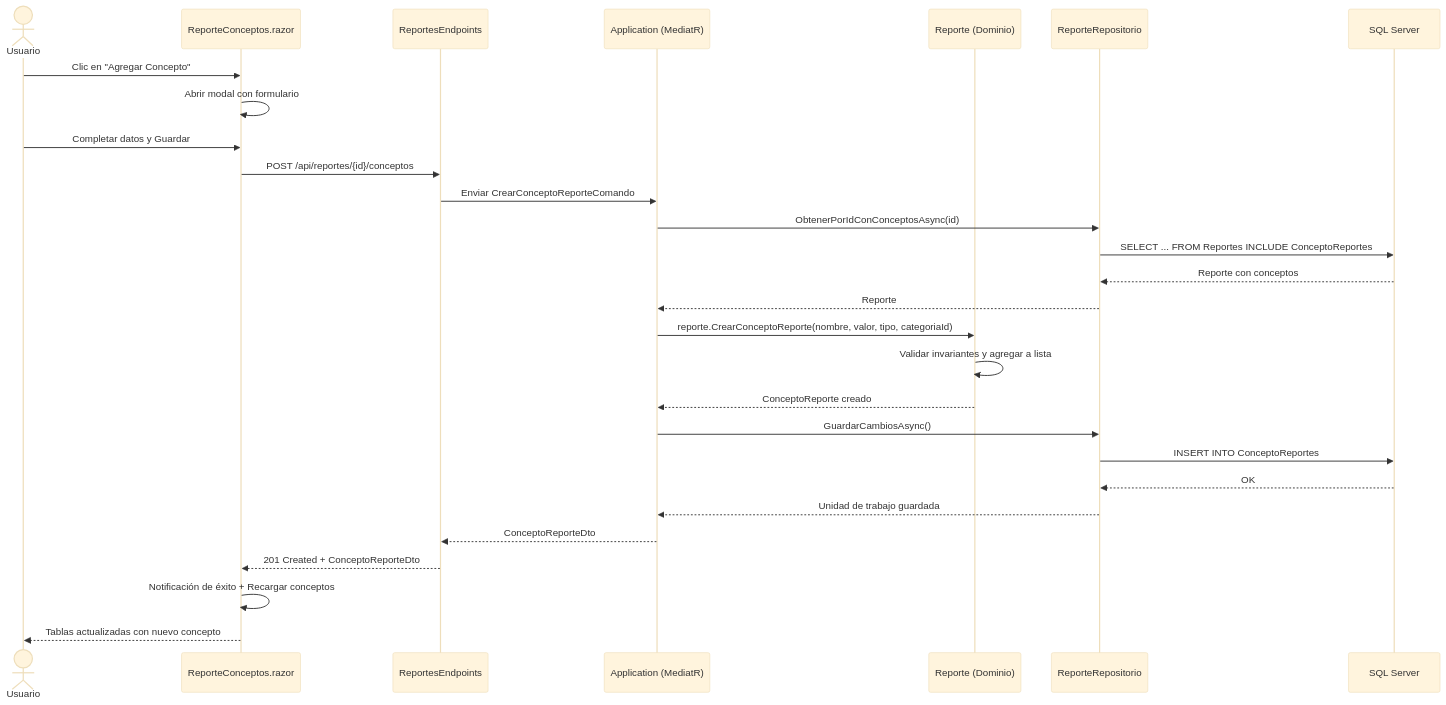
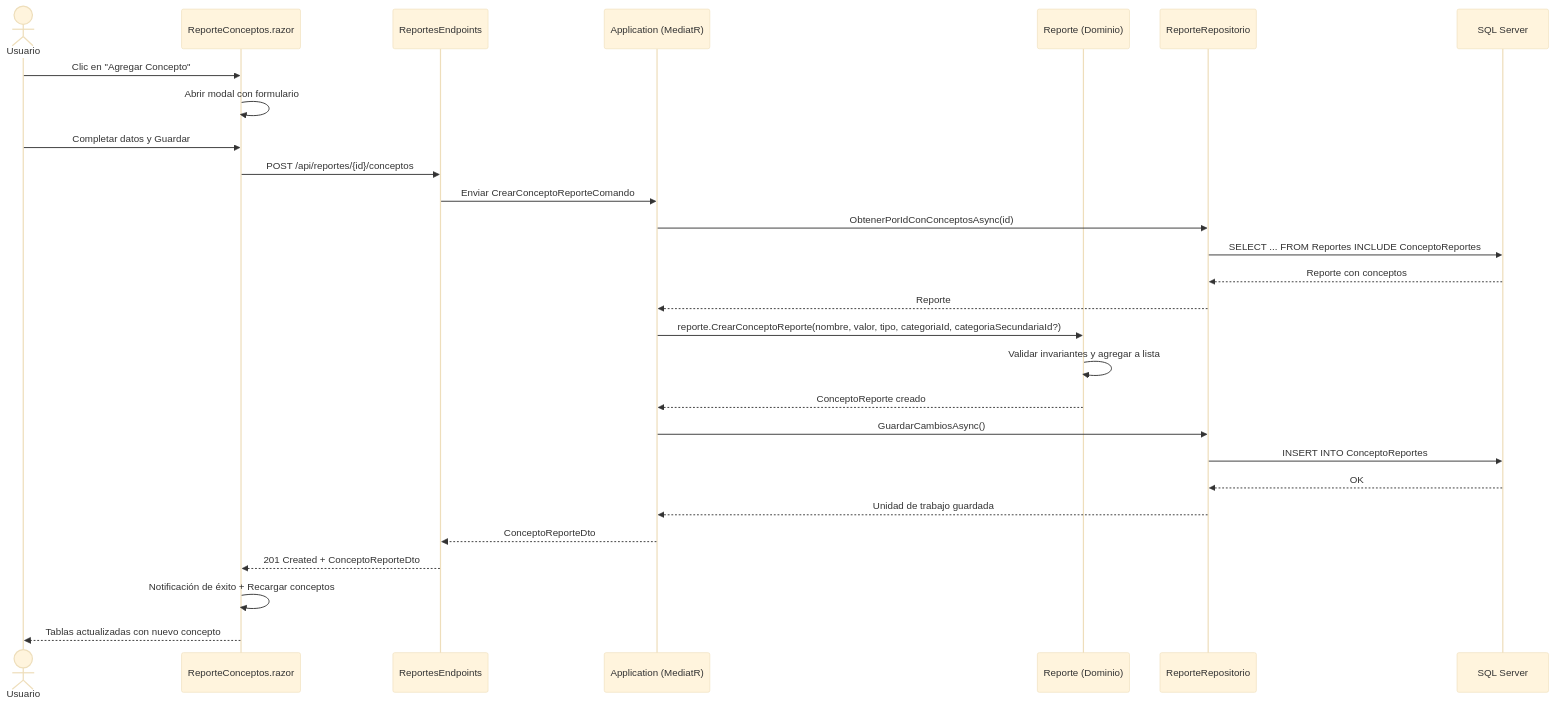
One commit to kenchic/FinanKore changed the second of 2 diagrams in docs/use-cases/crear_concepto_reporte.md. Above: the diagram before and after it, drawn with Mermaid (base theme). The commit also changed other lines of this file and 55 other files, not shown here.

````diff
--- a/docs/use-cases/crear_concepto_reporte.md
+++ b/docs/use-cases/crear_concepto_reporte.md
@@ -116,31 +122,31 @@
 ```mermaid
 sequenceDiagram
     actor Usuario
     participant Web as ReporteConceptos.razor
     participant API as ReportesEndpoints
     participant App as Application (MediatR)
     participant Dom as Reporte (Dominio)
     participant Inf as ReporteRepositorio
     participant DB as SQL Server
 
     Usuario->>Web: Clic en "Agregar Concepto"
     Web->>Web: Abrir modal con formulario
     Usuario->>Web: Completar datos y Guardar
     Web->>API: POST /api/reportes/{id}/conceptos
     API->>App: Enviar CrearConceptoReporteComando
     App->>Inf: ObtenerPorIdConConceptosAsync(id)
     Inf->>DB: SELECT ... FROM Reportes INCLUDE ConceptoReportes
     DB-->>Inf: Reporte con conceptos
     Inf-->>App: Reporte
-    App->>Dom: reporte.CrearConceptoReporte(nombre, valor, tipo, categoriaId)
+    App->>Dom: reporte.CrearConceptoReporte(nombre, valor, tipo, categoriaId, categoriaSecundariaId?)
     Dom->>Dom: Validar invariantes y agregar a lista
     Dom-->>App: ConceptoReporte creado
     App->>Inf: GuardarCambiosAsync()
     Inf->>DB: INSERT INTO ConceptoReportes
     DB-->>Inf: OK
     Inf-->>App: Unidad de trabajo guardada
     App-->>API: ConceptoReporteDto
     API-->>Web: 201 Created + ConceptoReporteDto
     Web->>Web: Notificación de éxito + Recargar conceptos
     Web-->>Usuario: Tablas actualizadas con nuevo concepto
 ```
````
